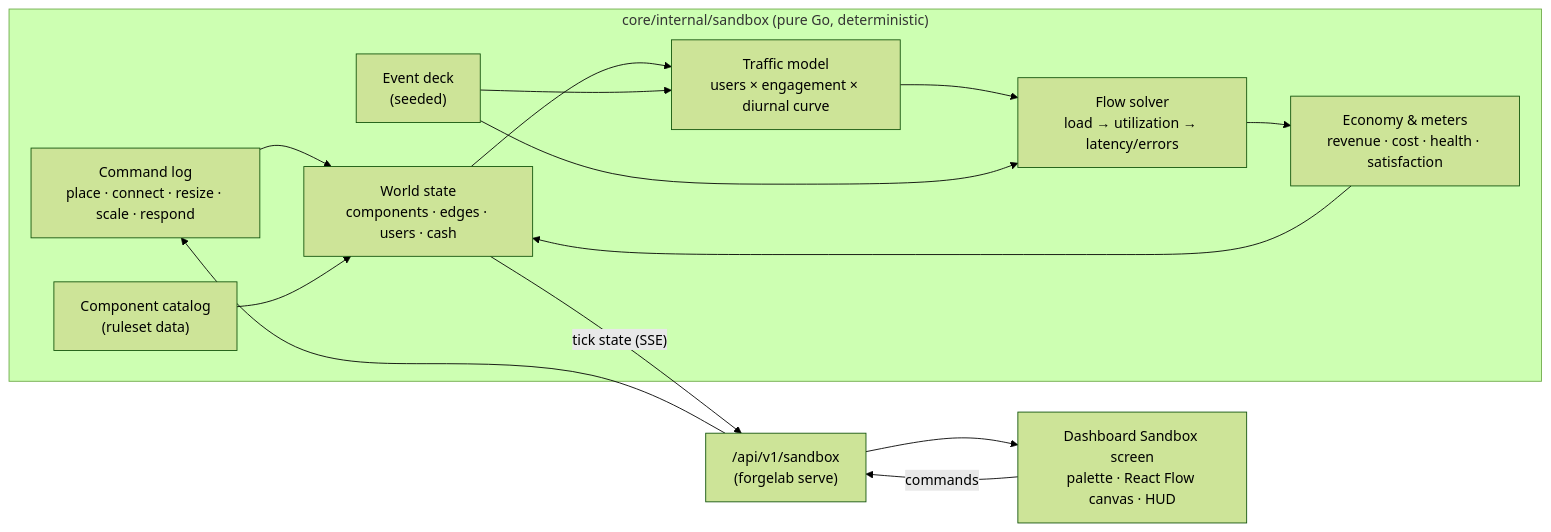
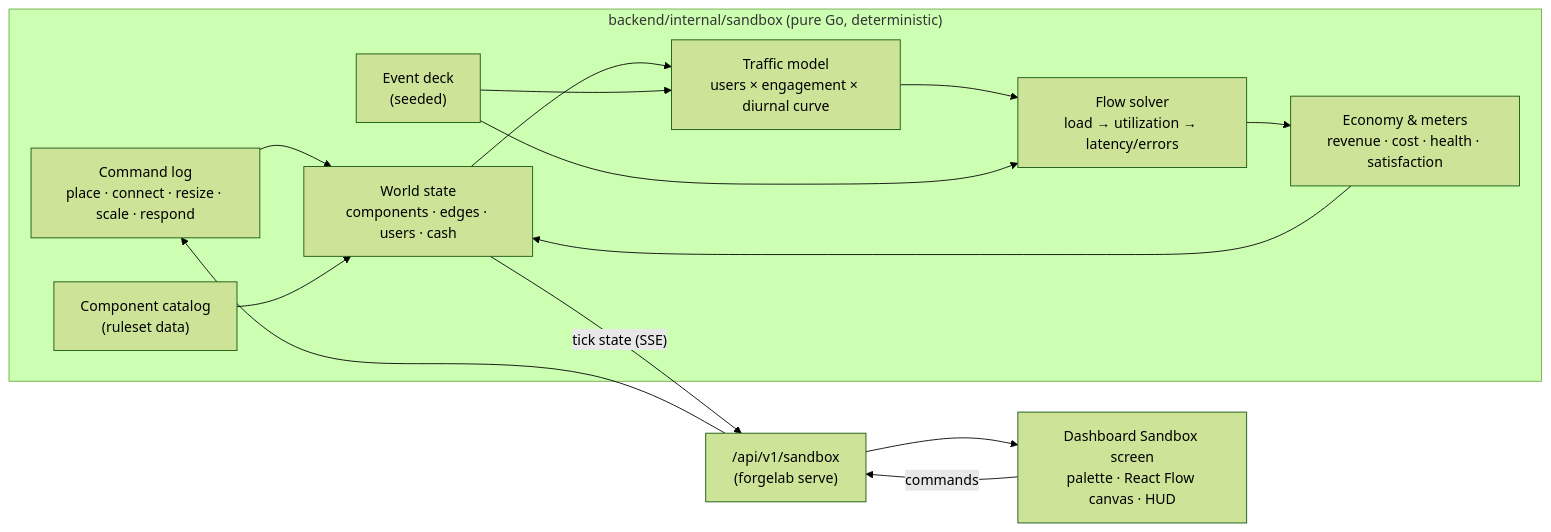
The second of 2 diagrams in docs/architecture.md (samin-al-wasee/production-simulator), drawn with Mermaid (forest theme) before and after one commit. The commit also changed other lines of this file and 88 other files, not shown here.

````diff
--- a/docs/architecture.md
+++ b/docs/architecture.md
@@ -37,20 +37,20 @@
 ```mermaid
 flowchart LR
-    subgraph CORE["core/internal/sandbox (pure Go, deterministic)"]
+    subgraph CORE["backend/internal/sandbox (pure Go, deterministic)"]
         CMD["Command log<br/>place · connect · resize · scale · respond"]
         WORLD["World state<br/>components · edges · users · cash"]
         CAT["Component catalog<br/>(ruleset data)"]
         TRF["Traffic model<br/>users × engagement × diurnal curve"]
         FLOW["Flow solver<br/>load → utilization → latency/errors"]
         ECO["Economy & meters<br/>revenue · cost · health · satisfaction"]
         EVT["Event deck<br/>(seeded)"]
     end
     API["/api/v1/sandbox<br/>(forgelab serve)"]
     UI["Dashboard Sandbox screen<br/>palette · React Flow canvas · HUD"]
 
     UI -- commands --> API --> CMD --> WORLD
     CAT --> WORLD
     WORLD --> TRF --> FLOW --> ECO --> WORLD
     EVT --> TRF & FLOW
     WORLD -- tick state (SSE) --> API --> UI
 ```
````
